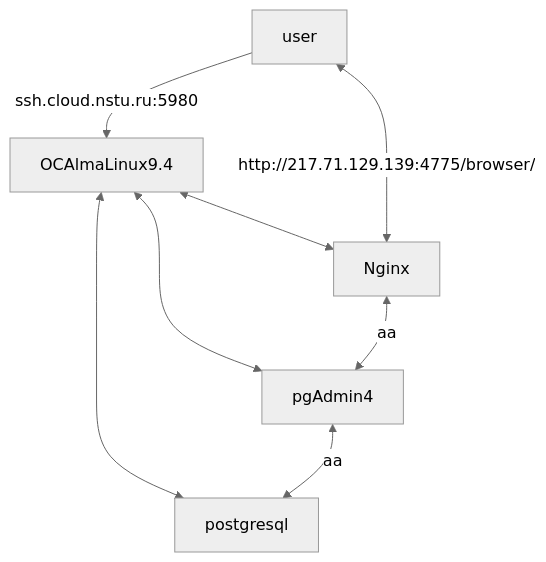
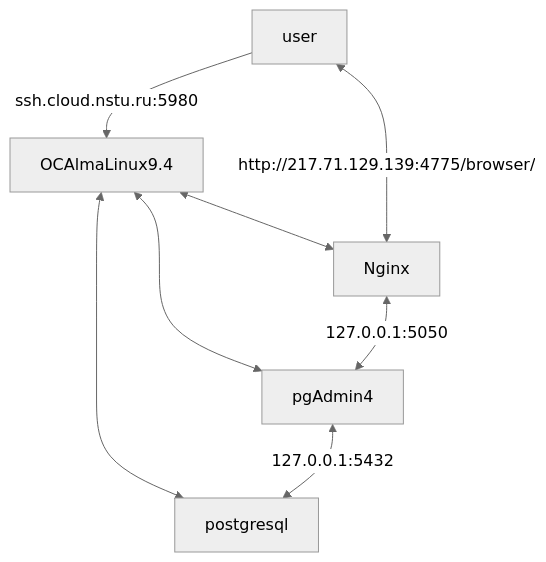
Before and after one commit to Nepucated/University: the diagram in AIS/mermaid_test.md, drawn with Mermaid (neutral theme).

````diff
--- a/AIS/mermaid_test.md
+++ b/AIS/mermaid_test.md
@@ -1,10 +1,10 @@
 ```mermaid
 graph TB
     user -->|ssh.cloud.nstu.ru:5980| OCAlmaLinux9.4
     OCAlmaLinux9.4 <--> Nginx
     user <-->|http://217.71.129.139:4775/browser/| Nginx
     OCAlmaLinux9.4 <--> pgAdmin4
     OCAlmaLinux9.4 <--> postgresql
-    Nginx <--> |aa| pgAdmin4
-    pgAdmin4 <--> |aa| postgresql
+    Nginx <--> |127.0.0.1:5050| pgAdmin4
+    pgAdmin4 <--> |127.0.0.1:5432| postgresql
 ```
````
